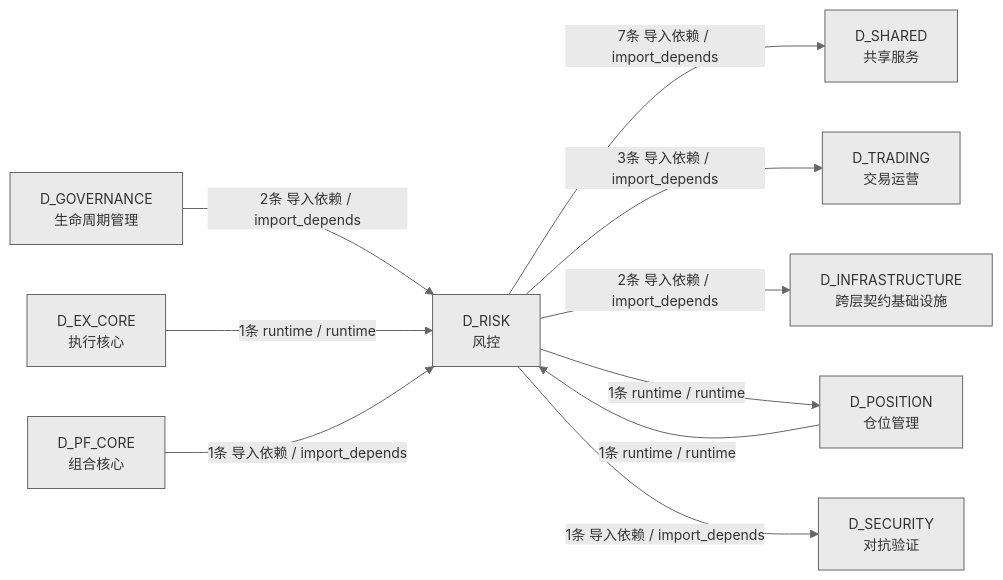
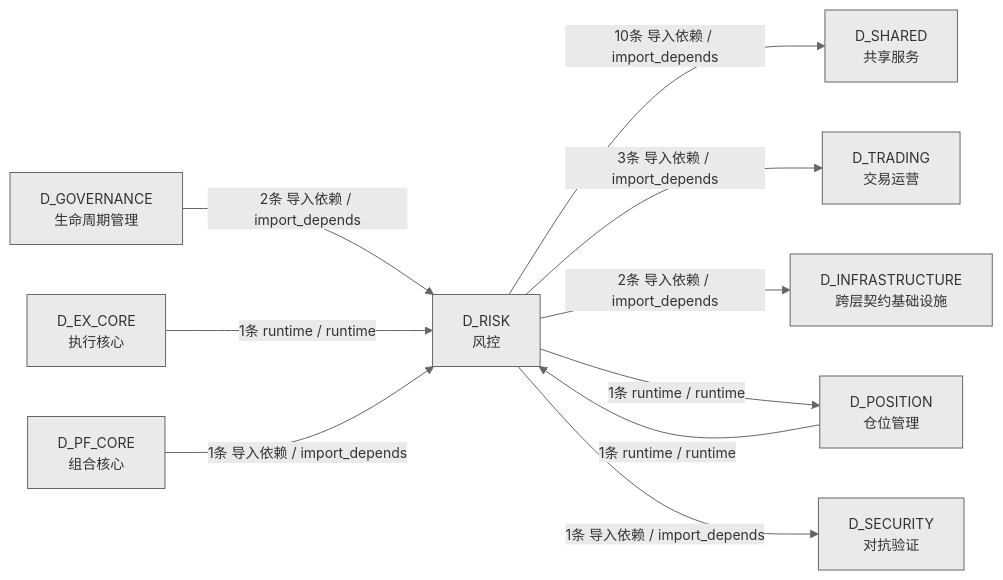
The fourth of 4 diagrams in docs/02_enterprise_architecture/02_domain_architecture_docs/65_d_risk.md (xuanFelixVan/ZephyrAlpha), drawn with Mermaid before and after one commit. The commit also changed other lines of this file and 43 other files, not shown here.

````diff
--- a/docs/02_enterprise_architecture/02_domain_architecture_docs/65_d_risk.md
+++ b/docs/02_enterprise_architecture/02_domain_architecture_docs/65_d_risk.md
@@ -277,22 +286,22 @@
 ```mermaid
 %%{init: {'theme': 'base', 'themeVariables': {'primaryColor': '#eaeaea', 'primaryTextColor': '#333333', 'primaryBorderColor': '#666666', 'lineColor': '#666666', 'secondaryColor': '#eaeaea', 'tertiaryColor': '#eaeaea', 'fontSize': '14px'}}}%%
 graph LR
     D_RISK["D_RISK<br/>风控"]
     D_SHARED["D_SHARED<br/>共享服务"]
     D_TRADING["D_TRADING<br/>交易运营"]
     D_INFRASTRUCTURE["D_INFRASTRUCTURE<br/>跨层契约基础设施"]
     D_POSITION["D_POSITION<br/>仓位管理"]
     D_SECURITY["D_SECURITY<br/>对抗验证"]
     D_GOVERNANCE["D_GOVERNANCE<br/>生命周期管理"]
     D_EX_CORE["D_EX_CORE<br/>执行核心"]
     D_PF_CORE["D_PF_CORE<br/>组合核心"]
-    D_RISK -->|7条 导入依赖 / import_depends| D_SHARED
+    D_RISK -->|10条 导入依赖 / import_depends| D_SHARED
     D_RISK -->|3条 导入依赖 / import_depends| D_TRADING
     D_RISK -->|2条 导入依赖 / import_depends| D_INFRASTRUCTURE
     D_RISK -->|1条 runtime / runtime| D_POSITION
     D_RISK -->|1条 导入依赖 / import_depends| D_SECURITY
     D_GOVERNANCE -->|2条 导入依赖 / import_depends| D_RISK
     D_EX_CORE -->|1条 runtime / runtime| D_RISK
     D_PF_CORE -->|1条 导入依赖 / import_depends| D_RISK
     D_POSITION -->|1条 runtime / runtime| D_RISK
 ```
````
